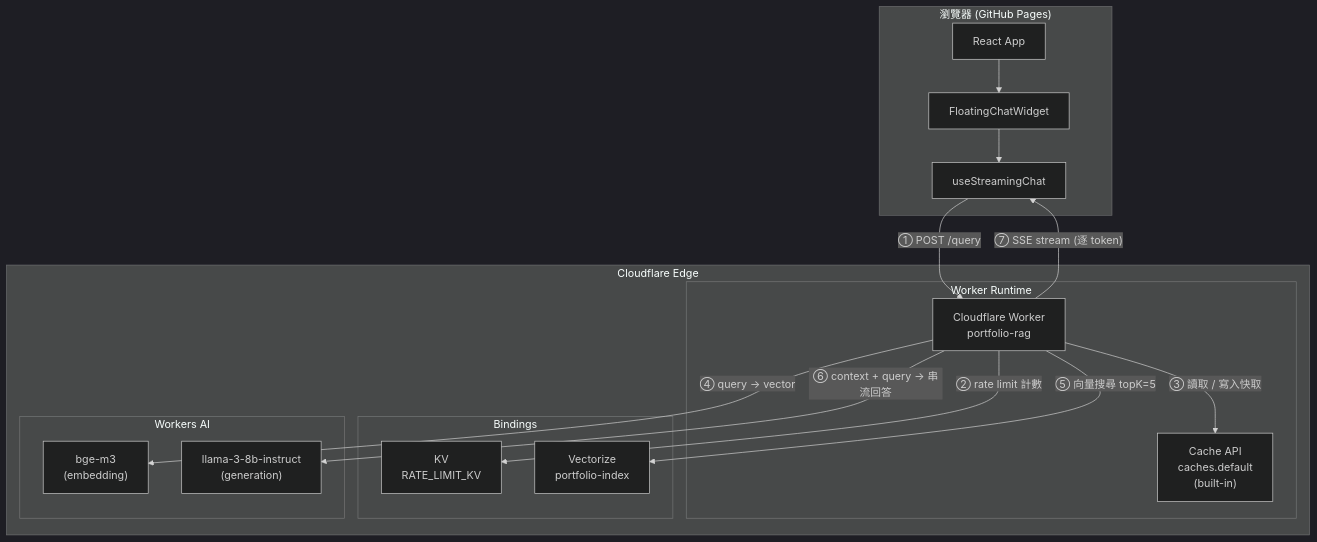
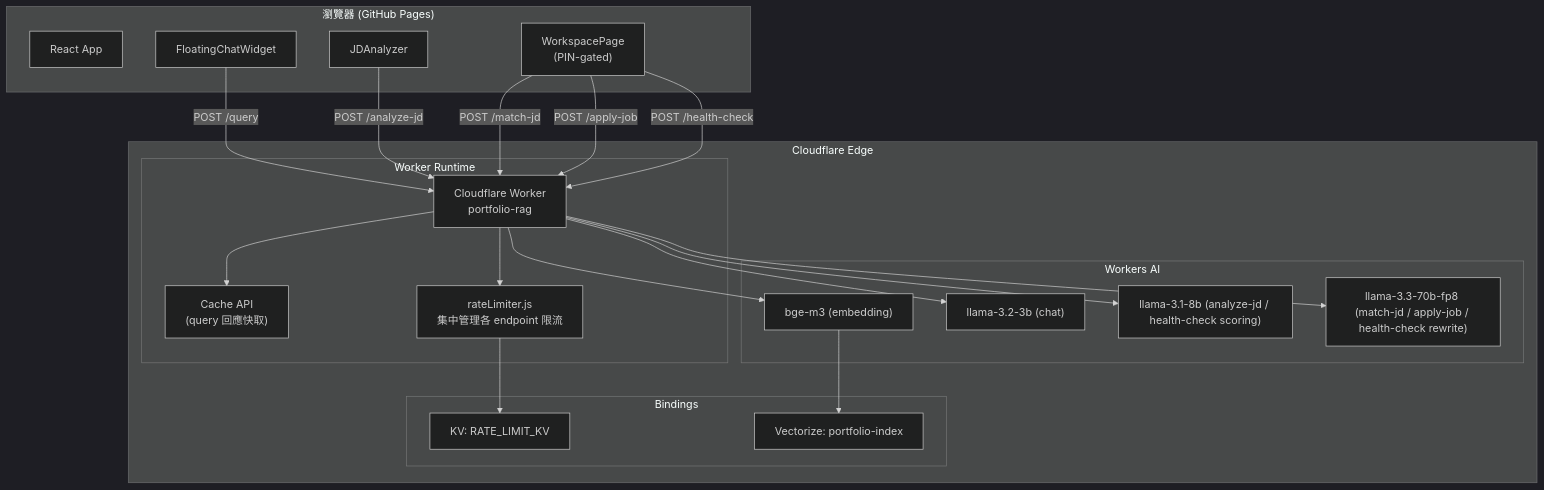
The first of 5 diagrams in docs/architecture.md (a920604a/self-reusme-website), drawn with Mermaid (dark theme) before and after one commit. The commit also changed other lines of this file and 2 other files, not shown here.

Commit message:
refactor documentation: enhance routing, theme, and hooks sections in CLAUDE.md; update features and architecture in README.md and architecture.md

````diff
--- a/docs/architecture.md
+++ b/docs/architecture.md
@@ -7,35 +7,40 @@
 ```mermaid
 graph TB
     subgraph Browser["瀏覽器 (GitHub Pages)"]
         UI["React App"]
         Widget["FloatingChatWidget"]
-        Hook["useStreamingChat"]
-        UI --> Widget --> Hook
+        JDA["JDAnalyzer"]
+        WS["WorkspacePage\n(PIN-gated)"]
     end
 
     subgraph CF["Cloudflare Edge"]
         subgraph Runtime["Worker Runtime"]
             Worker["Cloudflare Worker\nportfolio-rag"]
-            Cache["Cache API\ncaches.default\n(built-in)"]
-            Worker -- "③ 讀取 / 寫入快取" --> Cache
+            Cache["Cache API\n(query 回應快取)"]
+            RL["rateLimiter.js\n集中管理各 endpoint 限流"]
         end
 
         subgraph Bindings["Bindings"]
-            KV["KV\nRATE_LIMIT_KV"]
-            VZ["Vectorize\nportfolio-index"]
+            KV["KV: RATE_LIMIT_KV"]
+            VZ["Vectorize: portfolio-index"]
         end
 
         subgraph AIService["Workers AI"]
-            Embed["bge-m3\n(embedding)"]
-            LLM["llama-3-8b-instruct\n(generation)"]
+            Embed["bge-m3 (embedding)"]
+            LLM_S["llama-3.2-3b (chat)"]
+            LLM_M["llama-3.1-8b (analyze-jd / health-check scoring)"]
+            LLM_L["llama-3.3-70b-fp8 (match-jd / apply-job / health-check rewrite)"]
         end
-
-        Worker -- "② rate limit 計數" --> KV
-        Worker -- "⑤ 向量搜尋 topK=5" --> VZ
-        Worker -- "④ query → vector" --> Embed
-        Worker -- "⑥ context + query → 串流回答" --> LLM
     end
 
-    Hook -- "① POST /query" --> Worker
-    Worker -- "⑦ SSE stream (逐 token)" --> Hook
+    Widget -->|POST /query| Worker
+    JDA -->|POST /analyze-jd| Worker
+    WS -->|POST /match-jd| Worker
+    WS -->|POST /apply-job| Worker
+    WS -->|POST /health-check| Worker
+
+    Worker --> RL --> KV
+    Worker --> Embed --> VZ
+    Worker --> LLM_S & LLM_M & LLM_L
+    Worker --> Cache
 ```
````
